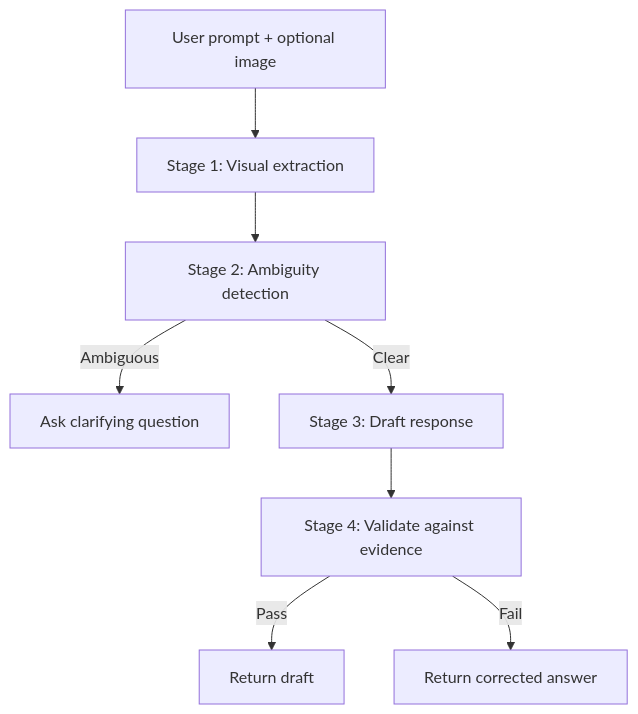
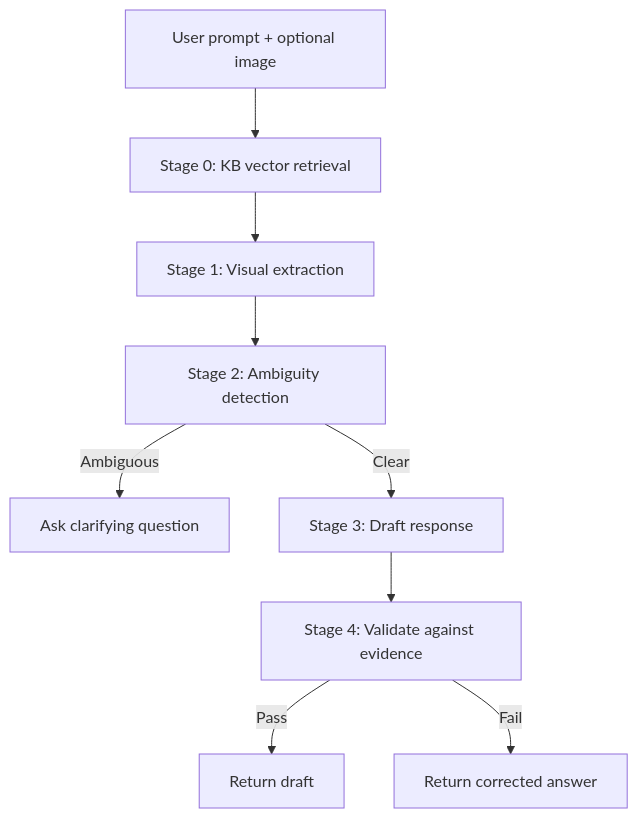
Before and after one commit to vhemanthkum/genAI_chatbot: the diagram in README.md, drawn with Mermaid. The commit also changed other lines of this file and 16 other files, not shown here.

````diff
--- a/README.md
+++ b/README.md
@@ -29,10 +54,11 @@
 ```mermaid
 flowchart TD
-    A[User prompt + optional image] --> B[Stage 1: Visual extraction]
-    B --> C[Stage 2: Ambiguity detection]
-    C -->|Ambiguous| D[Ask clarifying question]
-    C -->|Clear| E[Stage 3: Draft response]
-    E --> F[Stage 4: Validate against evidence]
-    F -->|Pass| G[Return draft]
-    F -->|Fail| H[Return corrected answer]
+    A[User prompt + optional image] --> B[Stage 0: KB vector retrieval]
+    B --> C[Stage 1: Visual extraction]
+    C --> D[Stage 2: Ambiguity detection]
+    D -->|Ambiguous| E[Ask clarifying question]
+    D -->|Clear| F[Stage 3: Draft response]
+    F --> G[Stage 4: Validate against evidence]
+    G -->|Pass| H[Return draft]
+    G -->|Fail| I[Return corrected answer]
 ```
````
